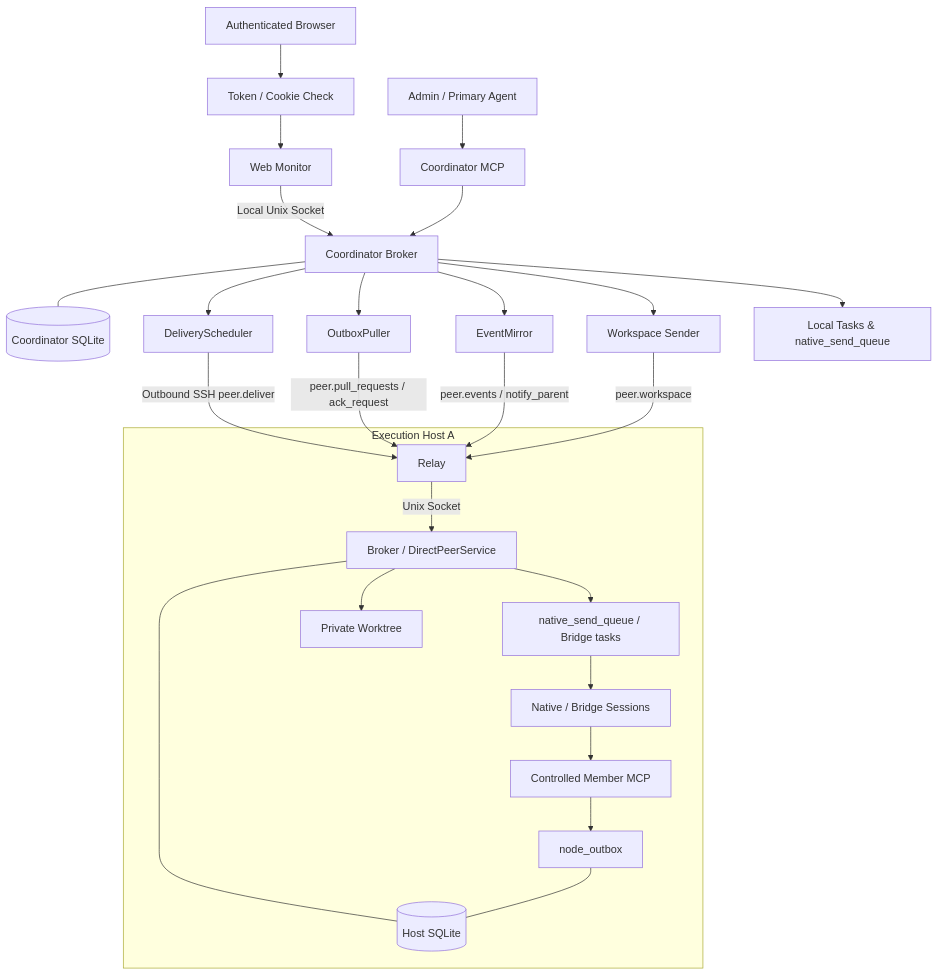
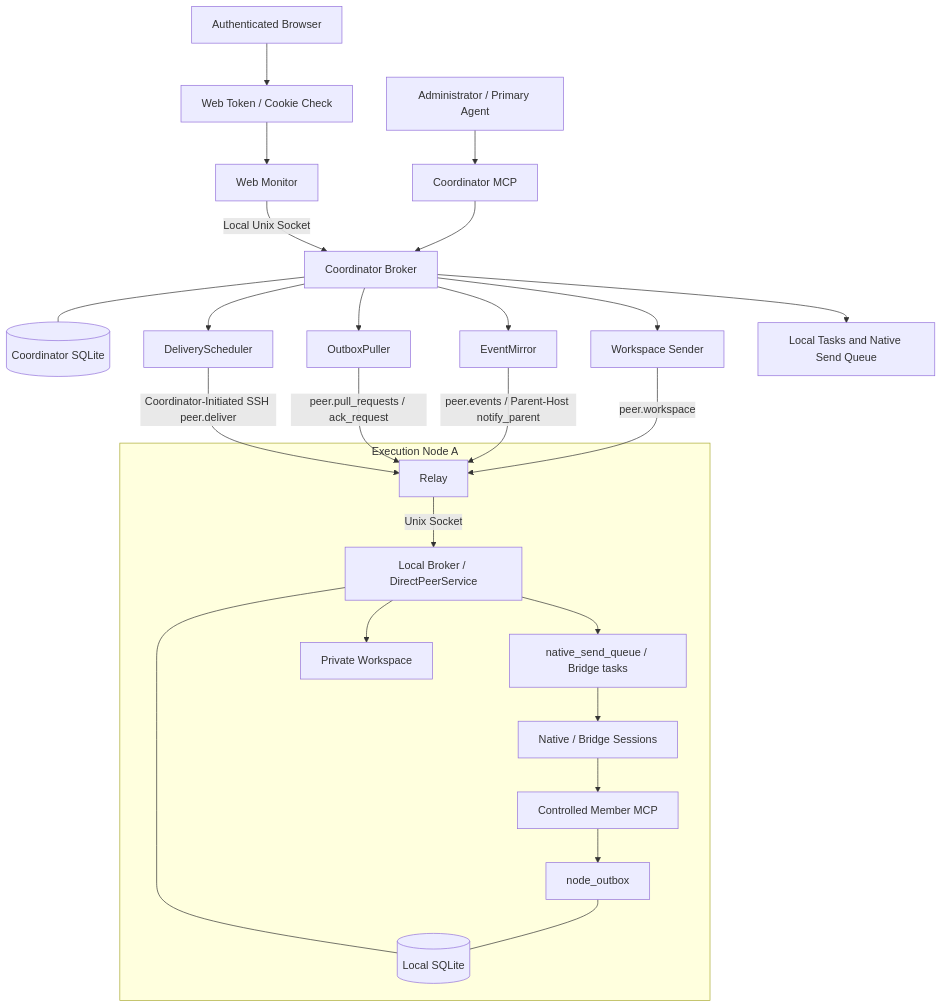
Before and after one commit to qinjian623/agent-bridge: the first of 8 diagrams in docs/multi-machine-phase-c-design.md, drawn with Mermaid. The commit also changed other lines of this file and 92 other files, not shown here.

````diff
--- a/docs/multi-machine-phase-c-design.md
+++ b/docs/multi-machine-phase-c-design.md
@@ -25,28 +64,28 @@
 ```mermaid
 flowchart TB
-    U[Admin / Primary Agent] --> MCP[Coordinator MCP]
-    Browser[Authenticated Browser] --> Auth[Token / Cookie Check]
+    U[Administrator / Primary Agent] --> MCP[Coordinator MCP]
+    Browser[Authenticated Browser] --> Auth[Web Token / Cookie Check]
     Auth --> Web[Web Monitor]
     Web -->|Local Unix Socket| B[Coordinator Broker]
     MCP --> B
     B --- DB[(Coordinator SQLite)]
     B --> DS[DeliveryScheduler]
     B --> OP[OutboxPuller]
     B --> EM[EventMirror]
     B --> WS[Workspace Sender]
-    subgraph RemoteA[Execution Host A]
-        R[Relay] -->|Unix Socket| RB[Broker / DirectPeerService]
-        RB --- RDB[(Host SQLite)]
+    subgraph RemoteA[Execution Node A]
+        R[Relay] -->|Unix Socket| RB[Local Broker / DirectPeerService]
+        RB --- RDB[(Local SQLite)]
         RB --> Q[native_send_queue / Bridge tasks]
         Q --> Agent[Native / Bridge Sessions]
         Agent --> Member[Controlled Member MCP]
         Member --> NO[node_outbox]
         NO --- RDB
-        RB --> W[Private Worktree]
+        RB --> W[Private Workspace]
     end
-    DS -->|Outbound SSH peer.deliver| R
+    DS -->|Coordinator-Initiated SSH peer.deliver| R
     OP -->|peer.pull_requests / ack_request| R
-    EM -->|peer.events / notify_parent| R
+    EM -->|peer.events / Parent-Host notify_parent| R
     WS -->|peer.workspace| R
-    B --> Local[Local Tasks & native_send_queue]
+    B --> Local[Local Tasks and Native Send Queue]
 ```
````
